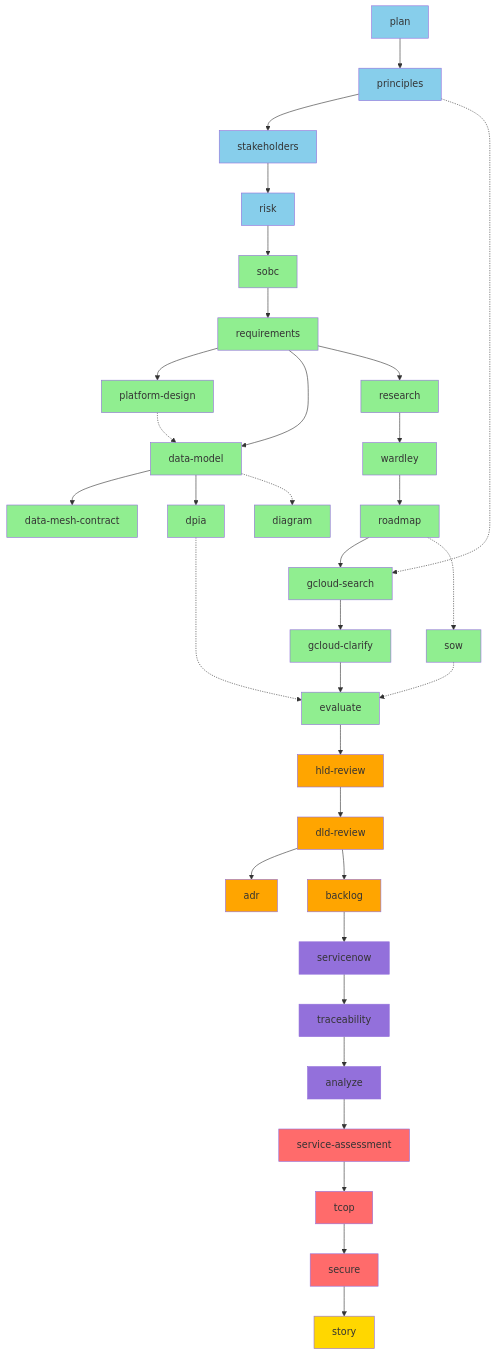
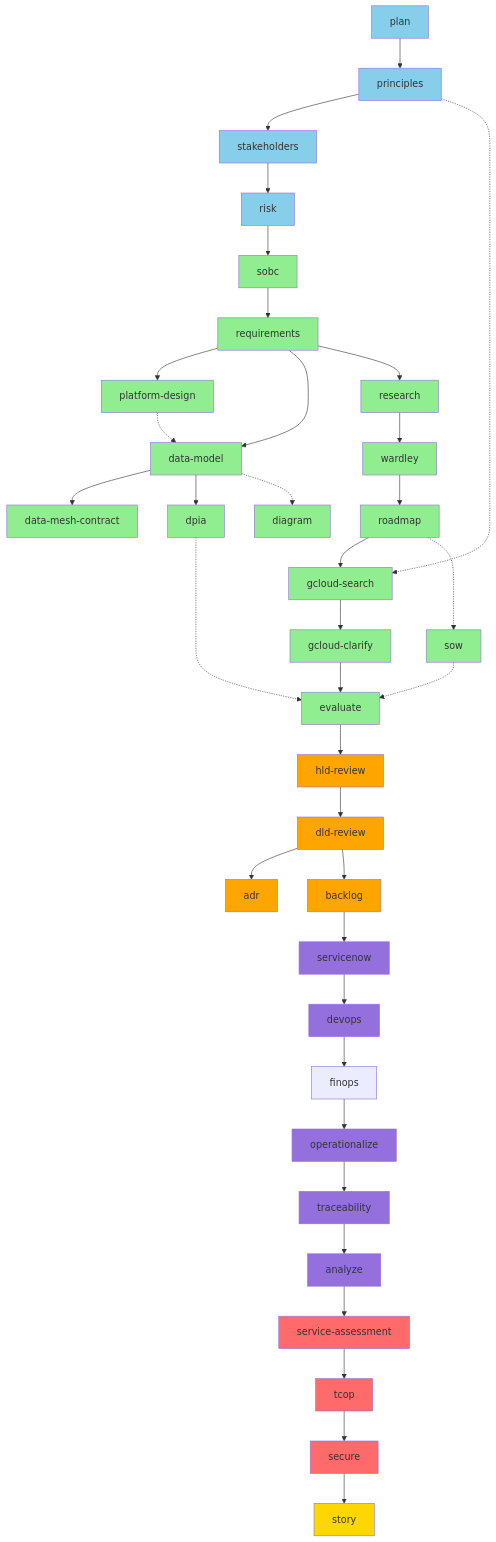
The second of 9 diagrams in WORKFLOW-DIAGRAMS.md (tractorjuice/arckit-test-project-v11-national-highways-data), drawn with Mermaid before and after one commit. The commit also changed other lines of this file and 5 other files, not shown here.

```diff
--- a/WORKFLOW-DIAGRAMS.md
+++ b/WORKFLOW-DIAGRAMS.md
@@ -138,7 +143,10 @@
 
     %% Tier 8-9: Operations & Quality
     U --> W[servicenow]
-    W --> X[traceability]
+    W --> W1[devops]
+    W1 --> W1a[finops]
+    W1a --> W2[operationalize]
+    W2 --> X[traceability]
     X --> Y[analyze]
 
     %% Tier 10: UK Gov Compliance
@@ -172,6 +180,8 @@
     style U fill:#FFA500
     style V fill:#90EE90
     style W fill:#9370DB
+    style W1 fill:#9370DB
+    style W2 fill:#9370DB
     style X fill:#9370DB
     style Y fill:#9370DB
     style Z fill:#FF6B6B
```
